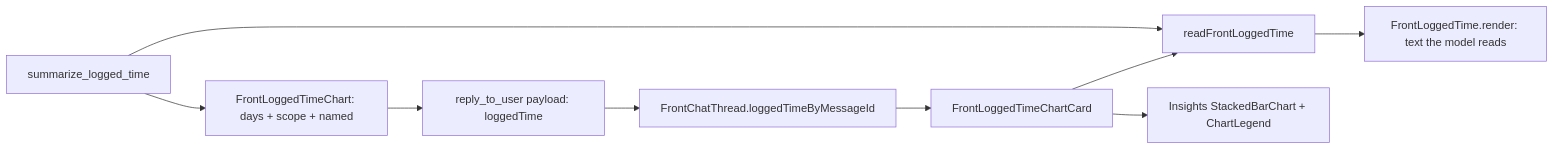
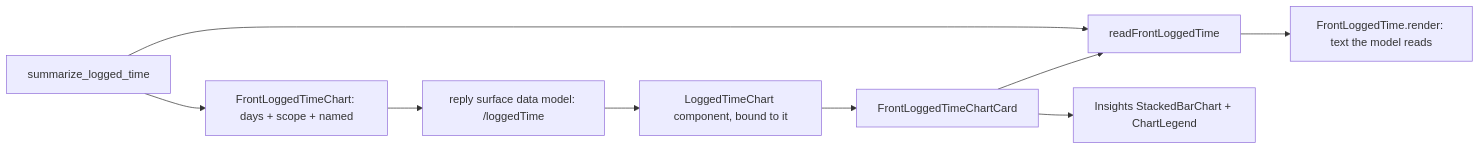
One commit to matthiasn/lotti changed the second of 16 diagrams in knowledge/features/front_agent.md. Above: the diagram before and after it, drawn with Mermaid. The commit also changed other lines of this file and 81 other files, not shown here.

````diff
--- a/knowledge/features/front_agent.md
+++ b/knowledge/features/front_agent.md
@@ -642,11 +638,11 @@
 ```mermaid
 flowchart LR
   Tool["summarize_logged_time"] --> Read["readFrontLoggedTime"]
   Read --> Text["FrontLoggedTime.render: text the model reads"]
   Tool --> Spec["FrontLoggedTimeChart: days + scope + named"]
-  Spec --> Payload["reply_to_user payload: loggedTime"]
-  Payload --> Thread["FrontChatThread.loggedTimeByMessageId"]
+  Spec --> Payload["reply surface data model: /loggedTime"]
+  Payload --> Thread["LoggedTimeChart component, bound to it"]
   Thread --> Card["FrontLoggedTimeChartCard"]
   Card --> Read
   Card --> Bars["Insights StackedBarChart + ChartLegend"]
 ```
````
